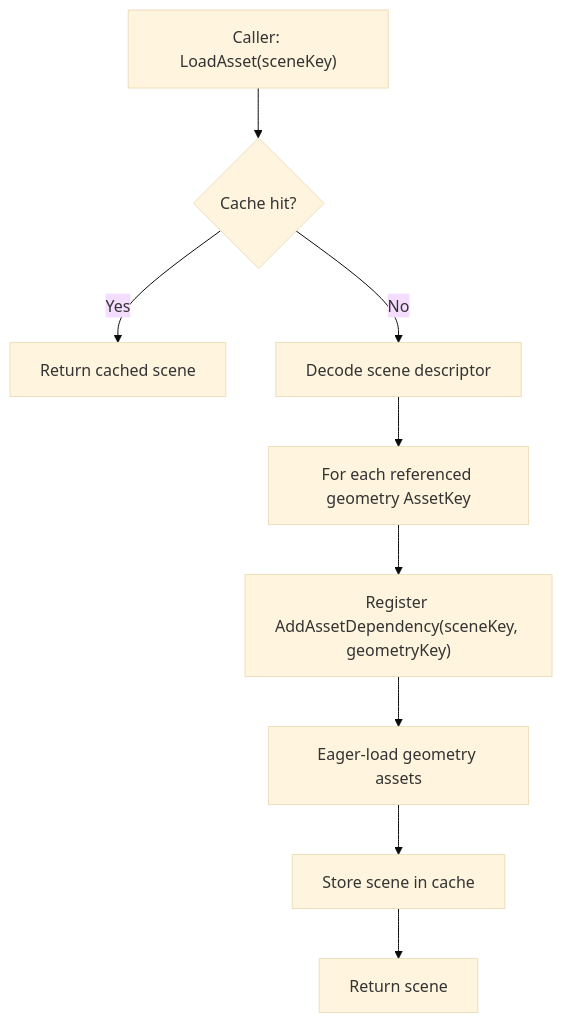
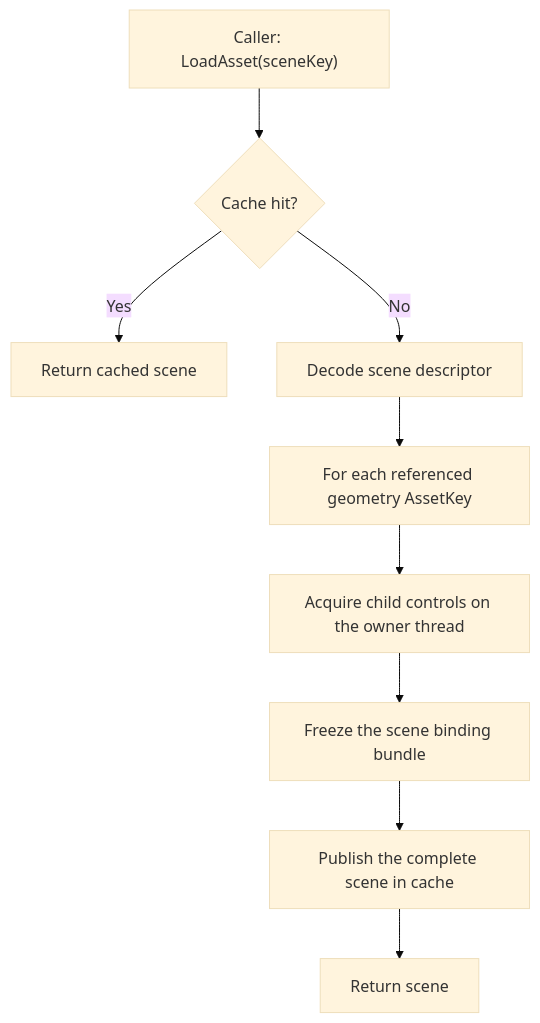
Before and after one commit to abdes/DroidNet: the diagram in projects/Oxygen.Engine/src/Oxygen/Content/Docs/scenes_and_levels.md, drawn with Mermaid (base theme). The commit also changed other lines of this file and 72 other files, not shown here.

````diff
--- a/projects/Oxygen.Engine/src/Oxygen/Content/Docs/scenes_and_levels.md
+++ b/projects/Oxygen.Engine/src/Oxygen/Content/Docs/scenes_and_levels.md
@@ -170,11 +170,11 @@
 ```mermaid
 flowchart TD
   A["Caller: LoadAsset<SceneLevel>(sceneKey)"] --> B{"Cache hit?"}
   B -- Yes --> C["Return cached scene"]
   B -- No --> D["Decode scene descriptor"]
   D --> E["For each referenced geometry AssetKey"]
-  E --> F["Register AddAssetDependency(sceneKey, geometryKey)"]
-  F --> G["Eager-load geometry assets"]
-  G --> H["Store scene in cache"]
+  E --> F["Acquire child controls on the owner thread"]
+  F --> G["Freeze the scene binding bundle"]
+  G --> H["Publish the complete scene in cache"]
   H --> I["Return scene"]
 ```
````
